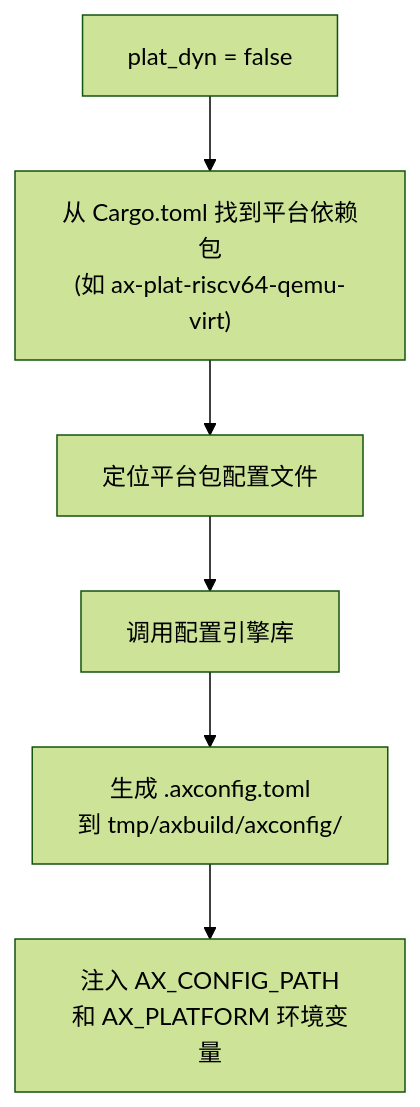
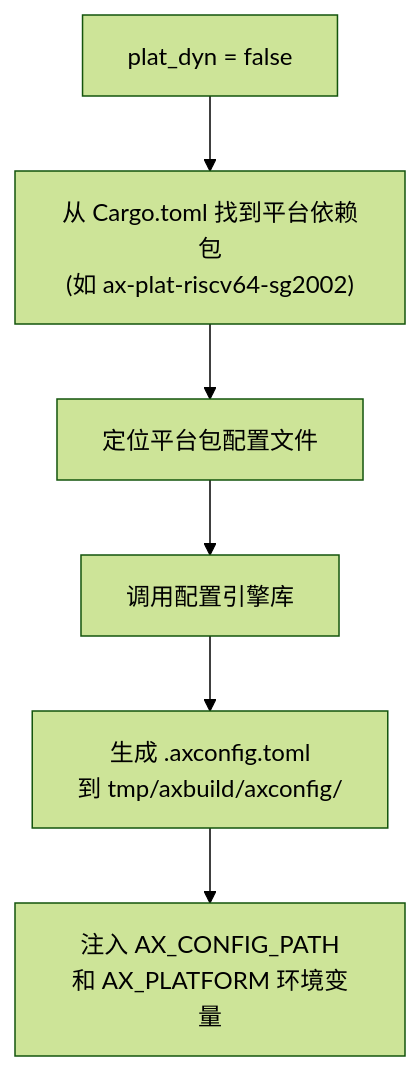
The fifth of 8 diagrams in docs/docs/build/build.md (rcore-os/tgoskits), drawn with Mermaid (forest theme) before and after one commit. The commit also changed other lines of this file and 85 other files, not shown here.

Commit message:
chore(platform): remove static riscv64 qemu virt

````diff
--- a/docs/docs/build/build.md
+++ b/docs/docs/build/build.md
@@ -172,8 +172,8 @@
 ```mermaid
 flowchart TD
-    A["plat_dyn = false"] --> B["从 Cargo.toml 找到平台依赖包<br/>(如 ax-plat-riscv64-qemu-virt)"]
+    A["plat_dyn = false"] --> B["从 Cargo.toml 找到平台依赖包<br/>(如 ax-plat-riscv64-sg2002)"]
     B --> C["定位平台包配置文件"]
     C --> D["调用配置引擎库"]
     D --> E["生成 .axconfig.toml<br/>到 tmp/axbuild/axconfig/"]
     E --> F["注入 AX_CONFIG_PATH<br/>和 AX_PLATFORM 环境变量"]
 ```
````
